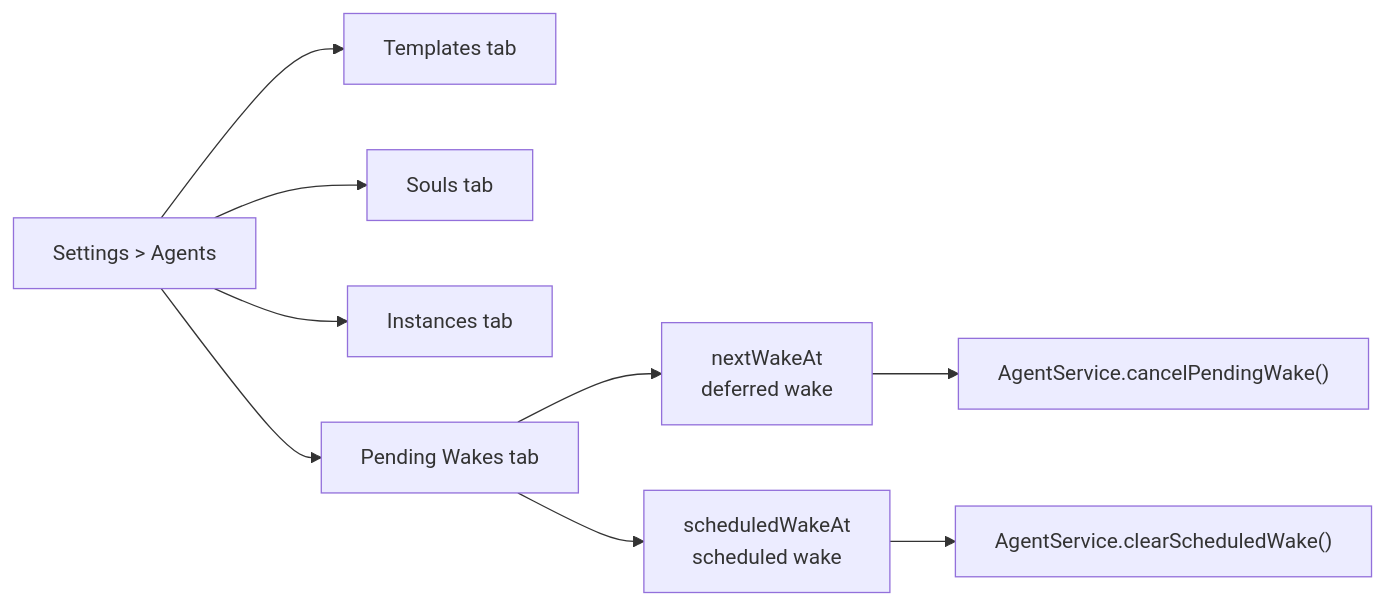
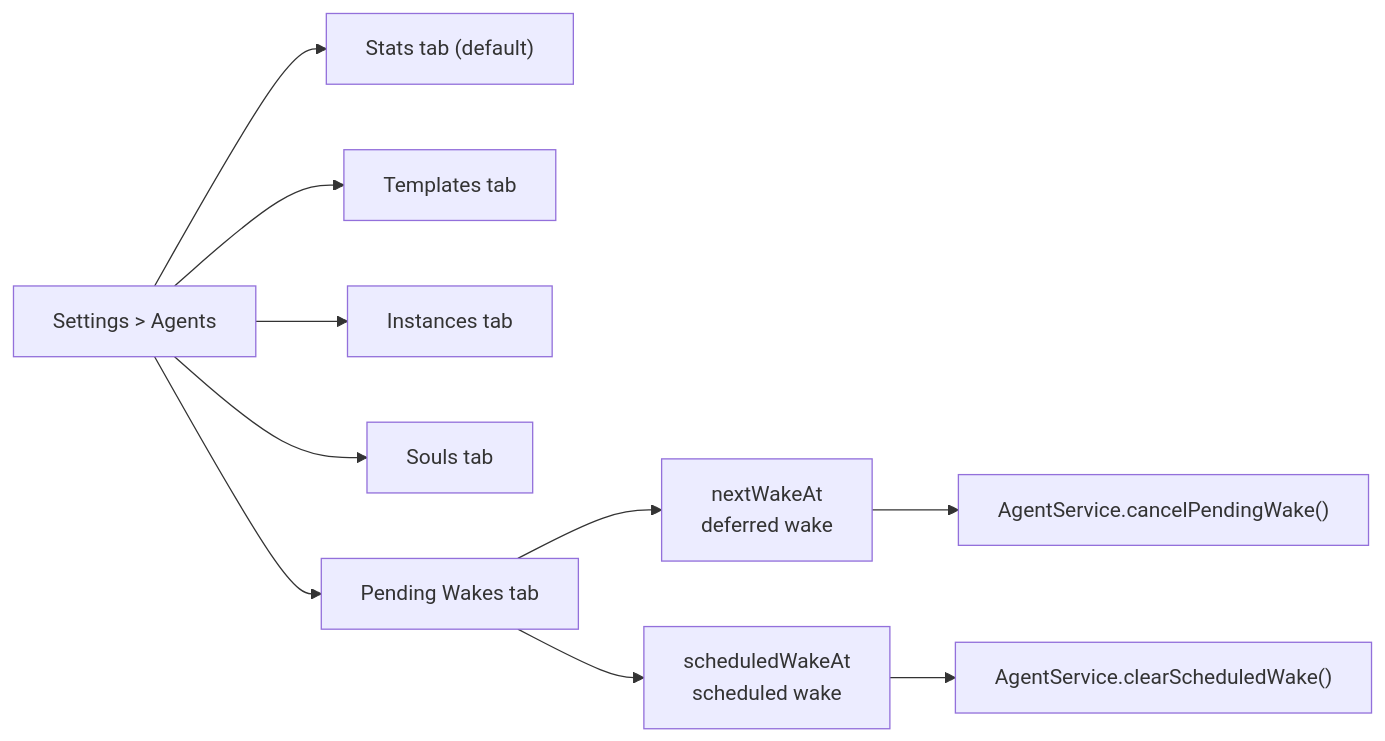
One commit to matthiasn/lotti changed the third of 17 diagrams in lib/features/agents/README.md. Above: the diagram before and after it, drawn with Mermaid. The commit also changed other lines of this file and 43 other files, not shown here.

````diff
--- a/lib/features/agents/README.md
+++ b/lib/features/agents/README.md
@@ -146,13 +152,14 @@
 ```mermaid
 flowchart LR
-  Settings["Settings > Agents"] --> Templates["Templates tab"]
+  Settings["Settings > Agents"] --> Stats["Stats tab (default)"]
+  Settings --> Templates["Templates tab"]
+  Settings --> Instances["Instances tab"]
   Settings --> Souls["Souls tab"]
-  Settings --> Instances["Instances tab"]
   Settings --> Pending["Pending Wakes tab"]
 
   Pending --> Throttle["nextWakeAt<br/>deferred wake"]
   Pending --> Schedule["scheduledWakeAt<br/>scheduled wake"]
 
   Throttle --> CancelPending["AgentService.cancelPendingWake()"]
   Schedule --> ClearScheduled["AgentService.clearScheduledWake()"]
 ```
````
